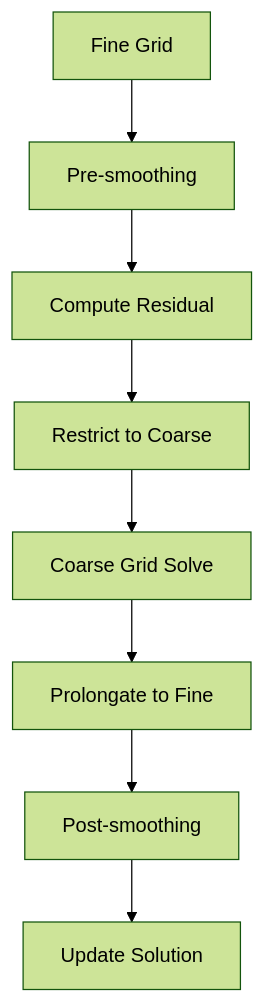
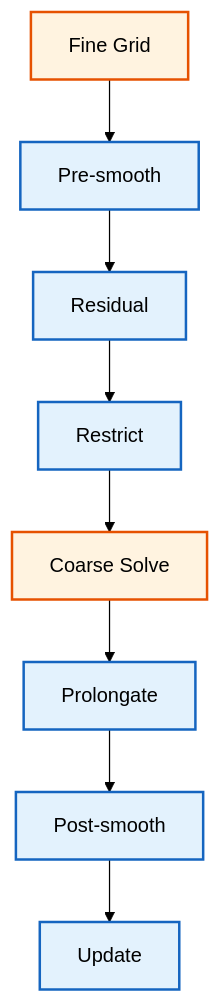
Before and after one commit to wramet/build-my-cfd: the third of 3 diagrams in MODULE_03_SINGLE_PHASE_FLOW/CONTENT/07_ADVANCED_TOPICS/03_Numerical_Methods.md, drawn with Mermaid (forest theme). The commit also changed other lines of this file and 313 other files, not shown here.

Commit message:
Revise all diagram

````diff
--- a/MODULE_03_SINGLE_PHASE_FLOW/CONTENT/07_ADVANCED_TOPICS/03_Numerical_Methods.md
+++ b/MODULE_03_SINGLE_PHASE_FLOW/CONTENT/07_ADVANCED_TOPICS/03_Numerical_Methods.md
@@ -243,10 +253,14 @@
 ```mermaid
 flowchart TD
-    A[Fine Grid] --> B[Pre-smoothing]
-    B --> C[Compute Residual]
-    C --> D[Restrict to Coarse]
-    D --> E[Coarse Grid Solve]
-    E --> F[Prolongate to Fine]
-    F --> G[Post-smoothing]
-    G --> H[Update Solution]
+%% Classes
+classDef explicit fill:#fff3e0,stroke:#e65100,stroke-width:2px;
+classDef implicit fill:#e3f2fd,stroke:#1565c0,stroke-width:2px;
+%% Nodes
+A[Fine Grid]:::explicit --> B[Pre-smooth]:::implicit
+B --> C[Residual]:::implicit
+C --> D[Restrict]:::implicit
+D --> E[Coarse Solve]:::explicit
+E --> F[Prolongate]:::implicit
+F --> G[Post-smooth]:::implicit
+G --> H[Update]:::implicit
 ```
````
